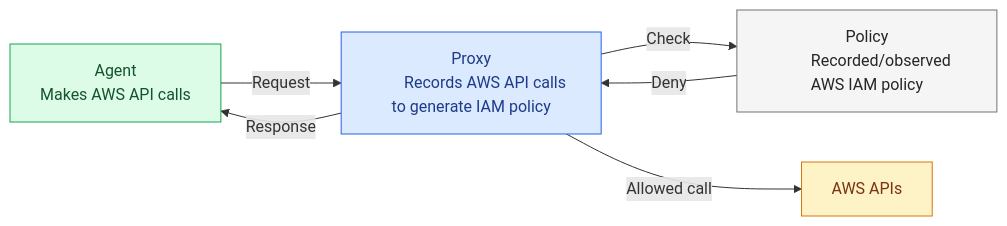
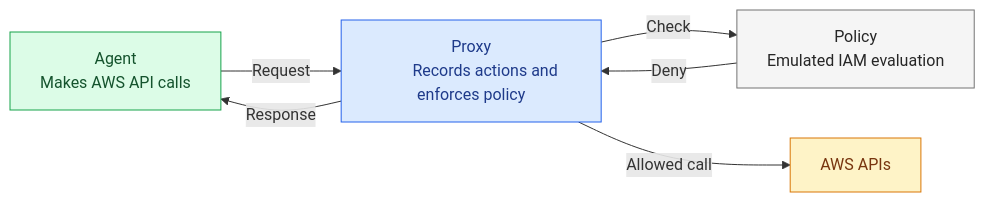
One commit to engseclabs/aws-sigv4-resigning-proxy changed the second of 2 diagrams in README.md. Above: the diagram before and after it, drawn with Mermaid. The commit also changed other lines of this file, not shown here.

Commit message:
Better diagrams

````diff
--- a/README.md
+++ b/README.md
@@ -44,26 +43,26 @@
 ```mermaid
 graph LR
     agent["Agent
         Makes AWS API calls"]
     proxy["Proxy
-        Records AWS API calls to generate IAM policy"]
+        Records actions and enforces policy"]
     policy["Policy
-        Recorded/observed AWS IAM policy"]
+        Emulated IAM evaluation"]
     aws["AWS APIs"]
 
     agent -- "Request" --> proxy
     proxy -- "Response" --> agent
     proxy -- "Check" --> policy
     policy -- "Deny" --> proxy
     proxy -- "Allowed call" --> aws
 
     classDef agentStyle fill:#dcfce7,stroke:#16a34a,color:#14532d
     classDef proxyStyle fill:#dbeafe,stroke:#2563eb,color:#1e3a8a
     classDef policyStyle fill:#f5f5f5,stroke:#737373,color:#262626
     classDef awsStyle fill:#fef3c7,stroke:#d97706,color:#78350f
 
     class agent agentStyle
     class proxy proxyStyle
     class policy policyStyle
     class aws awsStyle
 ```
````
